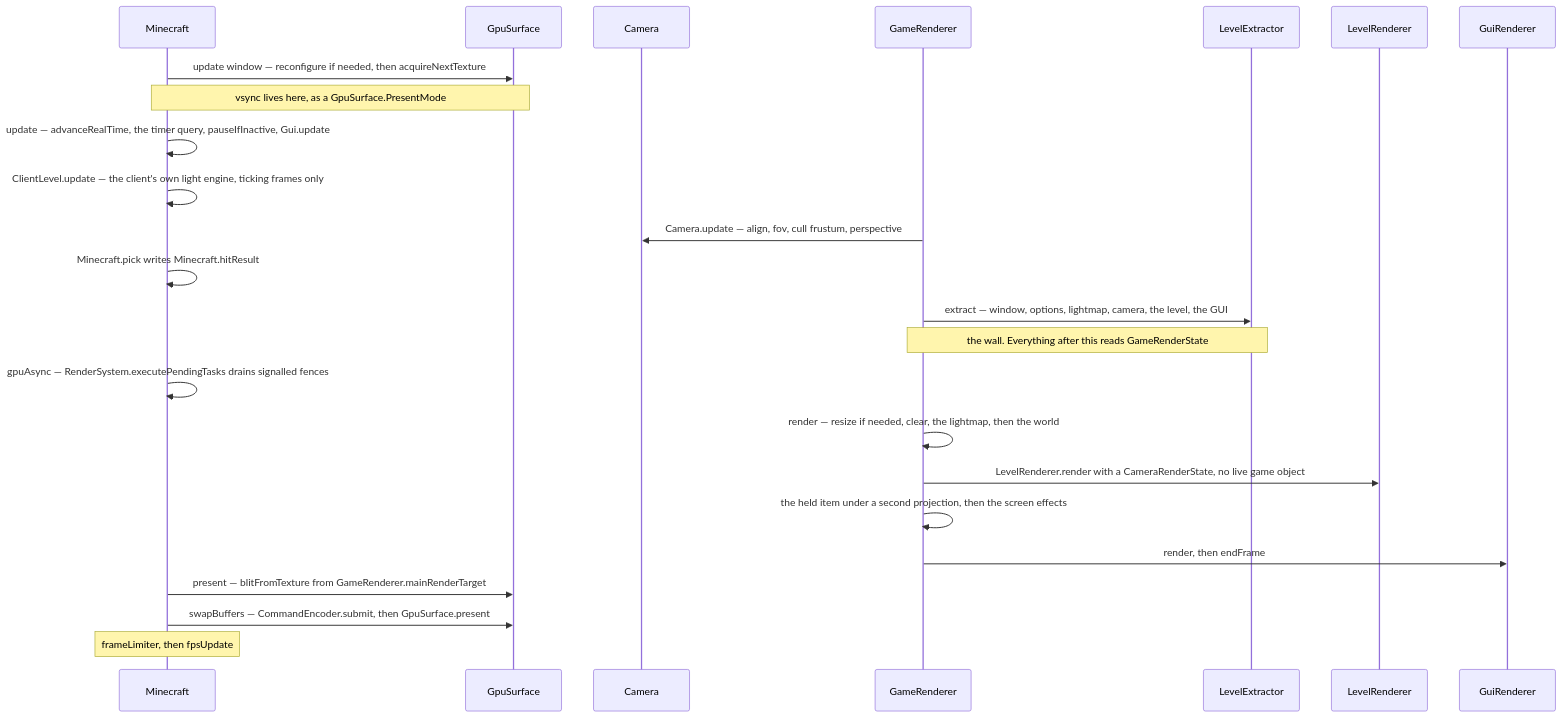
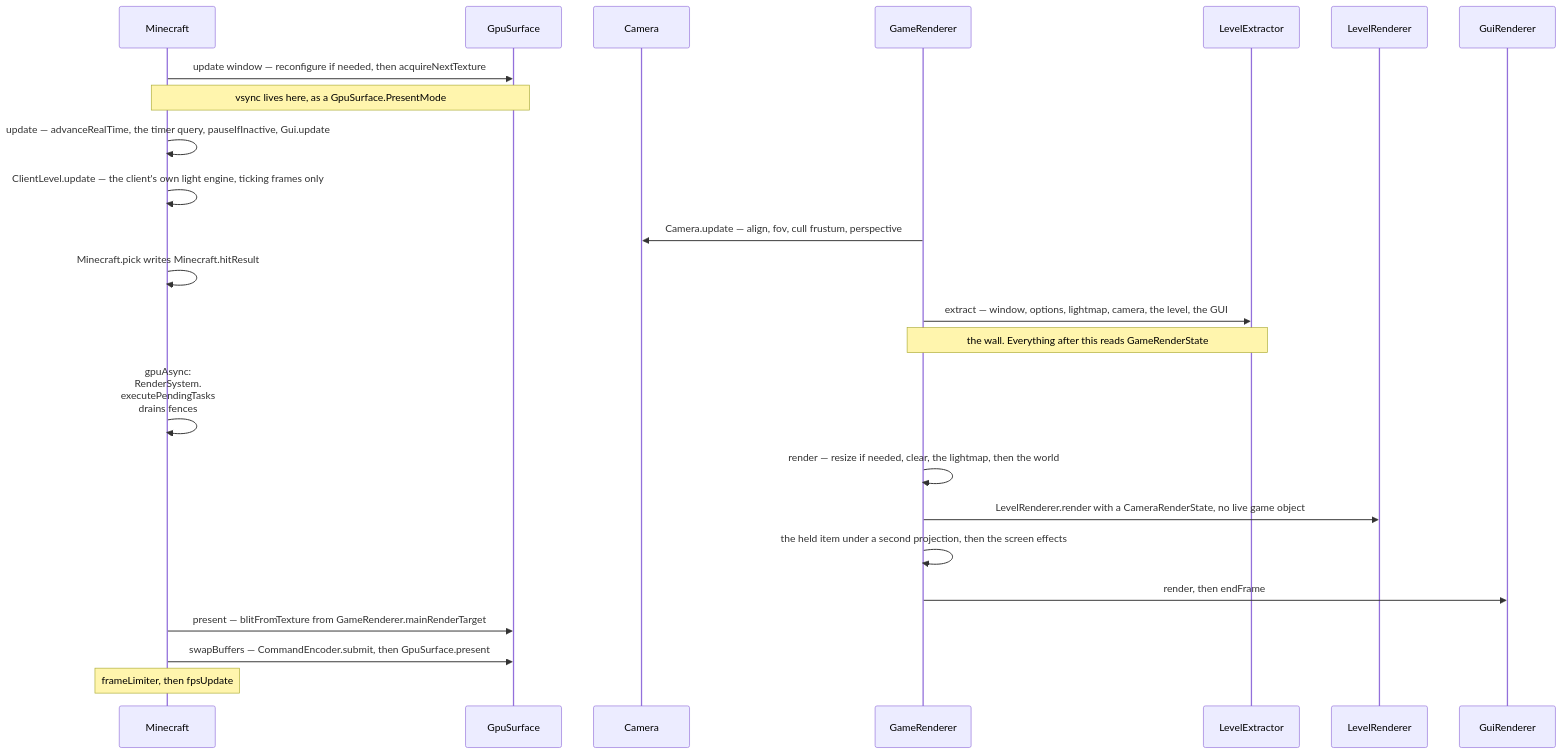
The diagram in src/systems/rendering/the-frame.md (AlexanderjFraser/MinecraftDocs), drawn with Mermaid before and after one commit. The commit also changed 55 other files, not shown here.

First line of the commit message:
pass 7, session O — the close, before K: the figure gate strict, the landing figures read as one set, and one strike in thirty not borne out

````diff
--- a/src/systems/rendering/the-frame.md
+++ b/src/systems/rendering/the-frame.md
@@ -62,27 +62,27 @@
 ```mermaid
 sequenceDiagram
     participant MC as Minecraft
     participant GpuS as GpuSurface
     participant Camera as Camera
     participant GR as GameRenderer
     participant LX as LevelExtractor
     participant LR as LevelRenderer
     participant GuiR as GuiRenderer
 
     MC->>GpuS: update window — reconfigure if needed, then acquireNextTexture
     Note over MC,GpuS: vsync lives here, as a GpuSurface.PresentMode
     MC->>MC: update — advanceRealTime, the timer query, pauseIfInactive, Gui.update
     MC->>MC: ClientLevel.update — the client's own light engine, ticking frames only
     GR->>Camera: Camera.update — align, fov, cull frustum, perspective
     MC->>MC: Minecraft.pick writes Minecraft.hitResult
     GR->>LX: extract — window, options, lightmap, camera, the level, the GUI
     Note over GR,LX: the wall. Everything after this reads GameRenderState
-    MC->>MC: gpuAsync — RenderSystem.executePendingTasks drains signalled fences
+    MC->>MC: gpuAsync:<br/>RenderSystem.<br/>executePendingTasks<br/>drains fences
     GR->>GR: render — resize if needed, clear, the lightmap, then the world
     GR->>LR: LevelRenderer.render with a CameraRenderState, no live game object
     GR->>GR: the held item under a second projection, then the screen effects
     GR->>GuiR: render, then endFrame
     MC->>GpuS: present — blitFromTexture from GameRenderer.mainRenderTarget
     MC->>GpuS: swapBuffers — CommandEncoder.submit, then GpuSurface.present
     Note over MC: frameLimiter, then fpsUpdate
 ```
````
